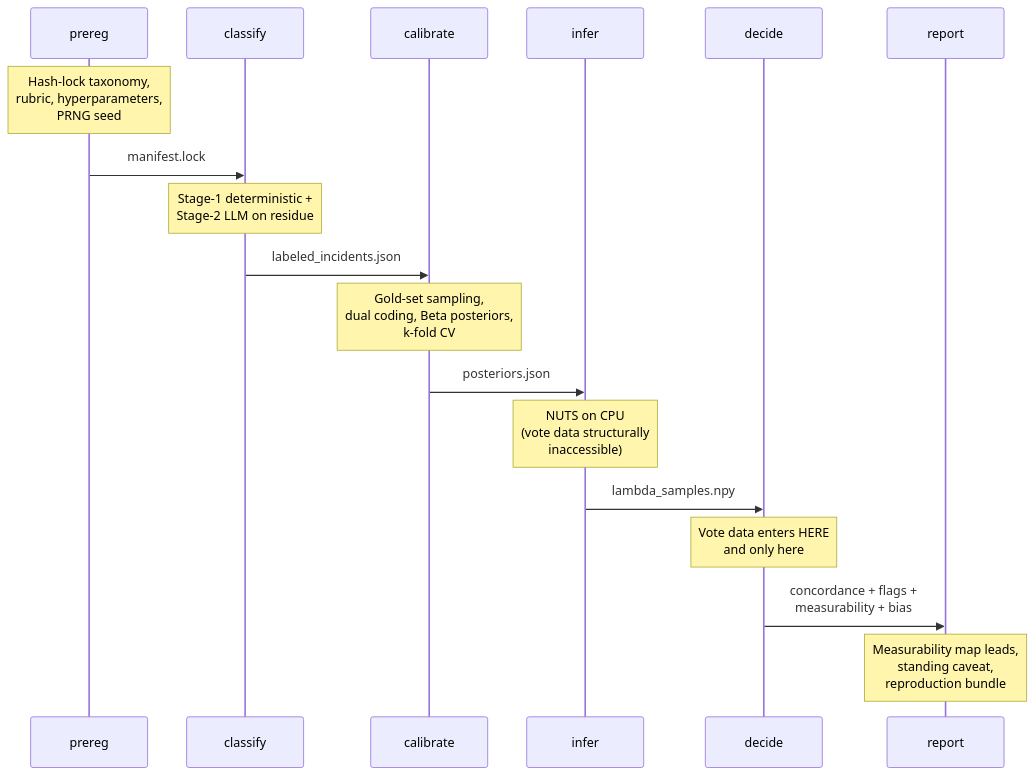
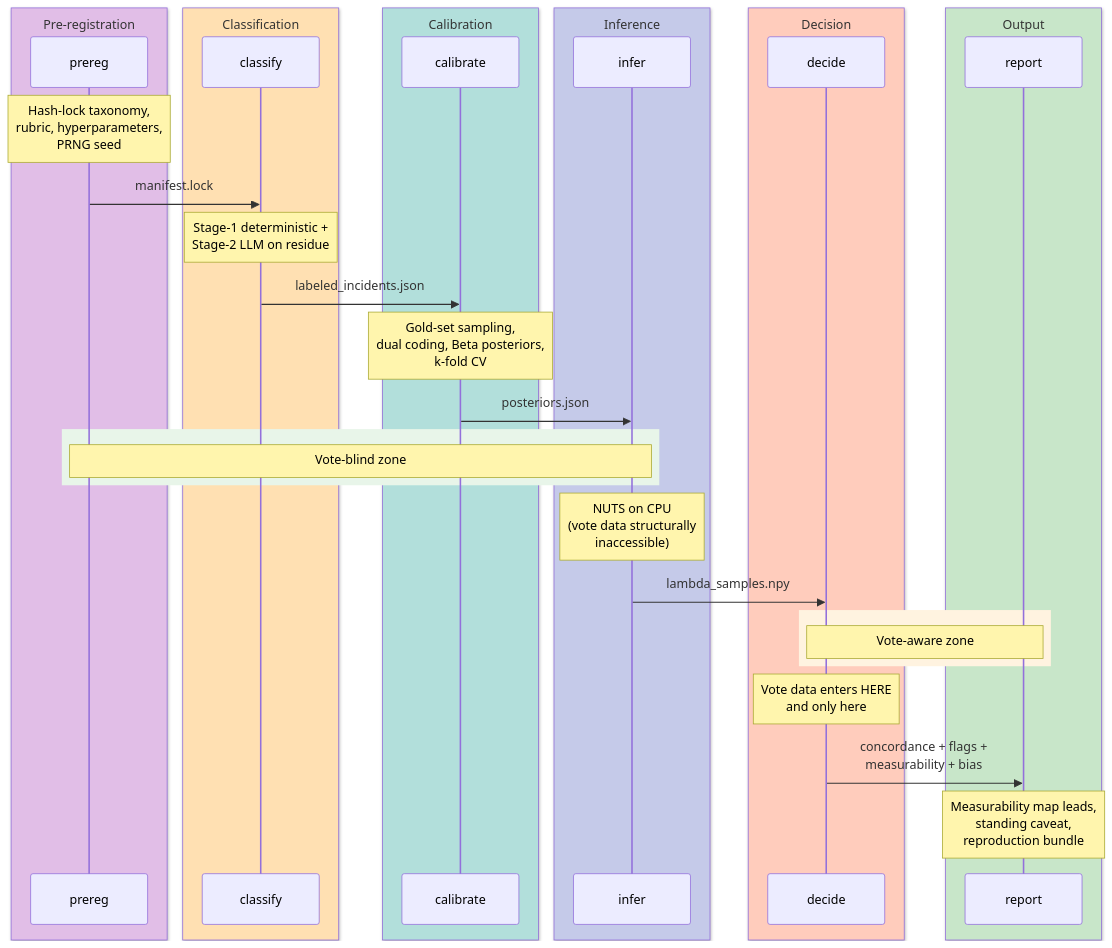
The second of 3 diagrams in README.md (rocklambros/incident-rank-validation), drawn with Mermaid before and after one commit. The commit also changed other lines of this file, not shown here.

First line of the commit message:
docs(readme): add color styling to mermaid diagrams

````diff
--- a/README.md
+++ b/README.md
@@ -111,31 +143,51 @@
 ```mermaid
 sequenceDiagram
-    participant P as prereg
-    participant C as classify
-    participant Cal as calibrate
-    participant I as infer
-    participant D as decide
-    participant R as report
+    box rgb(225, 190, 231) Pre-registration
+        participant P as prereg
+    end
+    box rgb(255, 224, 178) Classification
+        participant C as classify
+    end
+    box rgb(178, 223, 219) Calibration
+        participant Cal as calibrate
+    end
+    box rgb(197, 202, 233) Inference
+        participant I as infer
+    end
+    box rgb(255, 204, 188) Decision
+        participant D as decide
+    end
+    box rgb(200, 230, 201) Output
+        participant R as report
+    end
 
     Note over P: Hash-lock taxonomy,<br/>rubric, hyperparameters,<br/>PRNG seed
 
     P->>C: manifest.lock
 
     Note over C: Stage-1 deterministic +<br/>Stage-2 LLM on residue
 
     C->>Cal: labeled_incidents.json
 
     Note over Cal: Gold-set sampling,<br/>dual coding, Beta posteriors,<br/>k-fold CV
 
     Cal->>I: posteriors.json
 
+    rect rgb(232, 245, 233)
+        Note over P,I: Vote-blind zone
+    end
+
     Note over I: NUTS on CPU<br/>(vote data structurally<br/>inaccessible)
 
     I->>D: lambda_samples.npy
+
+    rect rgb(255, 243, 224)
+        Note over D,R: Vote-aware zone
+    end
 
     Note over D: Vote data enters HERE<br/>and only here
 
     D->>R: concordance + flags +<br/>measurability + bias
 
     Note over R: Measurability map leads,<br/>standing caveat,<br/>reproduction bundle
 ```
````
